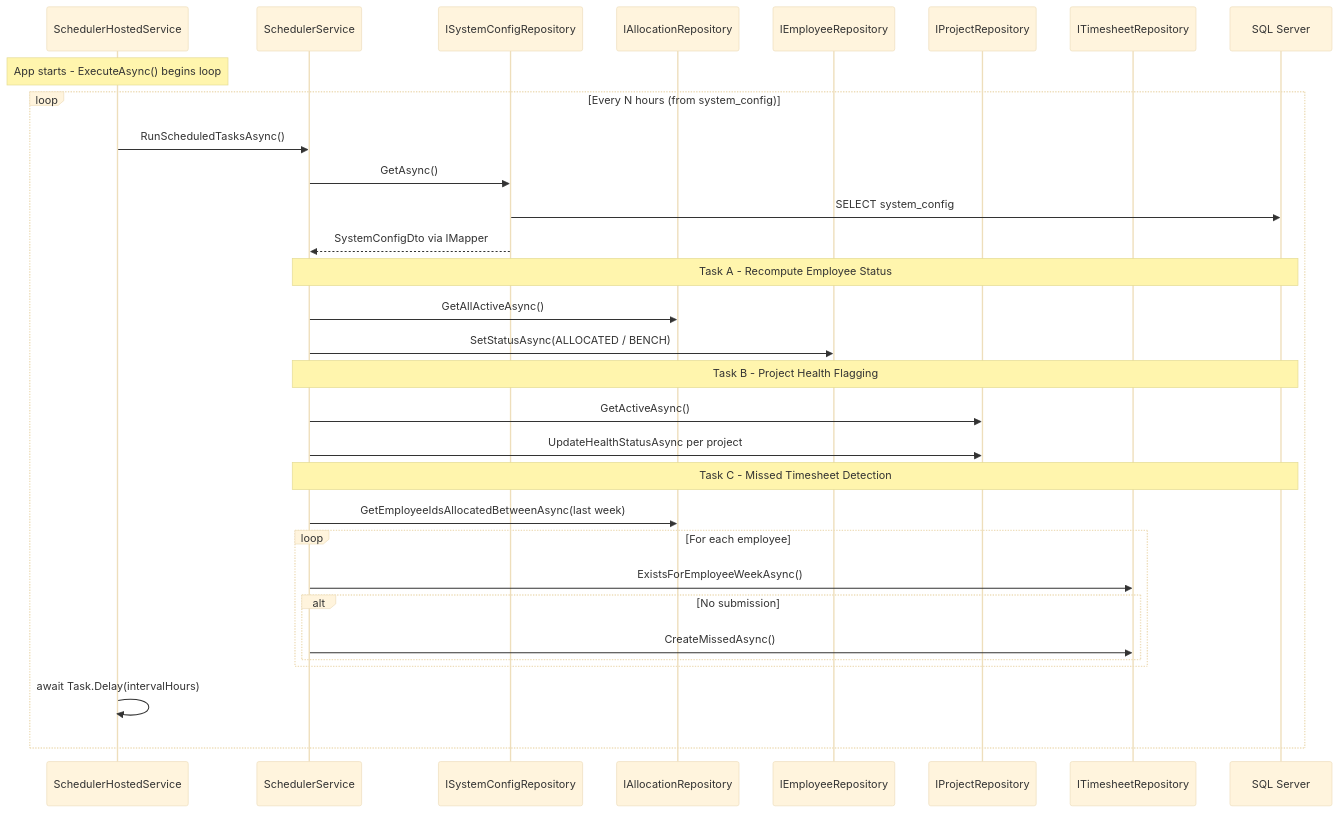
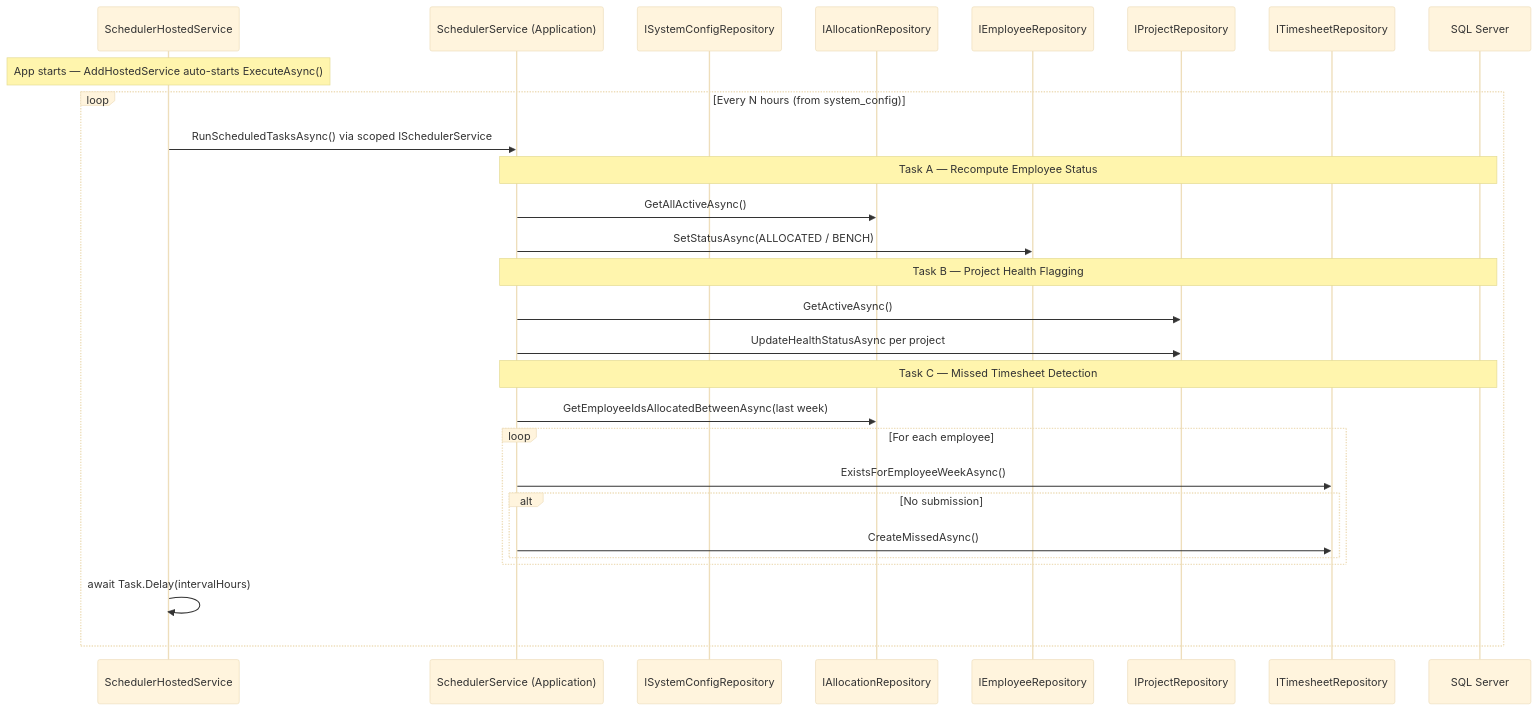
One commit to HariAdk/PRM changed diagram 11 of 14 in docs/Solution/Sequence_Diagram.md. Above: the diagram before and after it, drawn with Mermaid (base theme). The commit also changed other lines of this file and 21 other files, not shown here.

Commit message:
Updated diagrams

````diff
--- a/docs/Solution/Sequence_Diagram.md
+++ b/docs/Solution/Sequence_Diagram.md
@@ -411,39 +417,36 @@
 ```mermaid
 sequenceDiagram
     participant Host     as SchedulerHostedService
-    participant Scheduler as SchedulerService
+    participant Scheduler as SchedulerService (Application)
     participant ConfigRepo as ISystemConfigRepository
     participant AllocRepo  as IAllocationRepository
     participant EmpRepo    as IEmployeeRepository
     participant ProjRepo   as IProjectRepository
     participant TsRepo     as ITimesheetRepository
     participant DB         as SQL Server
 
-    Note over Host: App starts - ExecuteAsync() begins loop
+    Note over Host: App starts — AddHostedService auto-starts ExecuteAsync()
 
     loop Every N hours (from system_config)
-        Host->>Scheduler: RunScheduledTasksAsync()
-        Scheduler->>ConfigRepo: GetAsync()
-        ConfigRepo->>DB: SELECT system_config
-        ConfigRepo-->>Scheduler: SystemConfigDto via IMapper
+        Host->>Scheduler: RunScheduledTasksAsync() via scoped ISchedulerService
 
-        Note over Scheduler,DB: Task A - Recompute Employee Status
+        Note over Scheduler,DB: Task A — Recompute Employee Status
         Scheduler->>AllocRepo: GetAllActiveAsync()
         Scheduler->>EmpRepo: SetStatusAsync(ALLOCATED / BENCH)
 
-        Note over Scheduler,DB: Task B - Project Health Flagging
+        Note over Scheduler,DB: Task B — Project Health Flagging
         Scheduler->>ProjRepo: GetActiveAsync()
         Scheduler->>ProjRepo: UpdateHealthStatusAsync per project
 
-        Note over Scheduler,DB: Task C - Missed Timesheet Detection
+        Note over Scheduler,DB: Task C — Missed Timesheet Detection
         Scheduler->>AllocRepo: GetEmployeeIdsAllocatedBetweenAsync(last week)
         loop For each employee
             Scheduler->>TsRepo: ExistsForEmployeeWeekAsync()
             alt No submission
                 Scheduler->>TsRepo: CreateMissedAsync()
             end
         end
 
         Host->>Host: await Task.Delay(intervalHours)
     end
 ```
````
